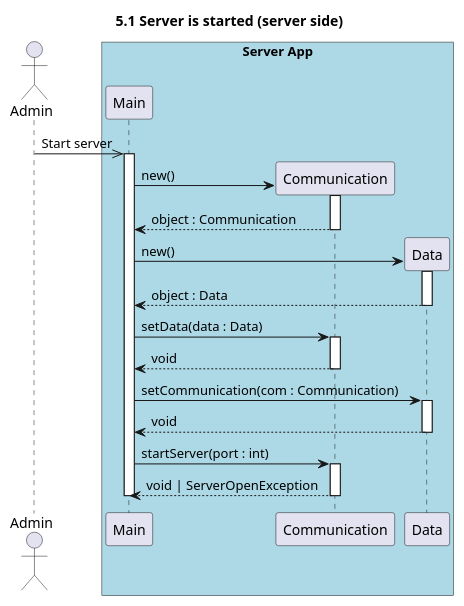
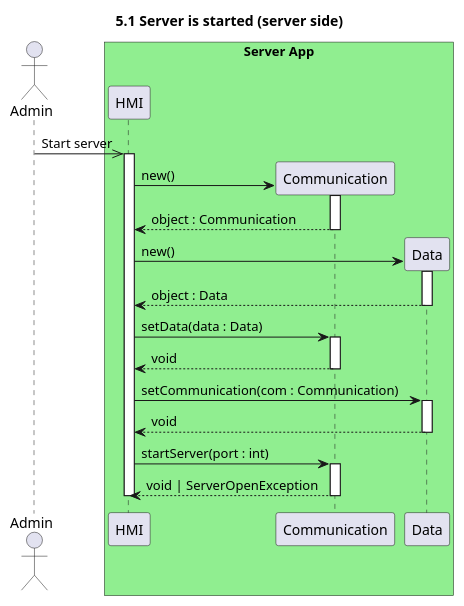
Before and after one commit to UTCAI12/Diagrams: the diagram in sequence/5.1.start_server_server.puml, drawn with PlantUML. The commit also changed 6 other files, not shown here.

```diff
--- a/sequence/5.1.start_server_server.puml
+++ b/sequence/5.1.start_server_server.puml
@@ -1,34 +1,33 @@
 @startuml 5.1 Server is started (server side)
 title 5.1 Server is started (server side)
 
-actor Admin as admin
-
-box "Server App" #LightBlue
-    participant Main as main
-    participant Communication as com
-    participant Data as data
+actor "Admin" as admin
+box "Server App" #LightGreen
+    participant "HMI" as hmi
+    participant "Communication" as com
+    participant "Data" as data
 end box
 
-admin ->> main : Start server
-activate main
+admin ->> hmi : Start server
+activate hmi
 
 create com
-main -> com++ : new()
+hmi -> com++ : new()
 return object : Communication
 
 create data
-main -> data++ : new()
+hmi -> data++ : new()
 return object : Data
 
-main -> com++ : setData(data : Data)
+hmi -> com++ : setData(data : Data)
 return void
 
-main -> data++ : setCommunication(com : Communication)
+hmi -> data++ : setCommunication(com : Communication)
 return void
 
-main -> com++ : startServer(port : int)
+hmi -> com++ : startServer(port : int)
 return void | ServerOpenException
 
-deactivate main
+deactivate hmi
 
 @enduml
```
